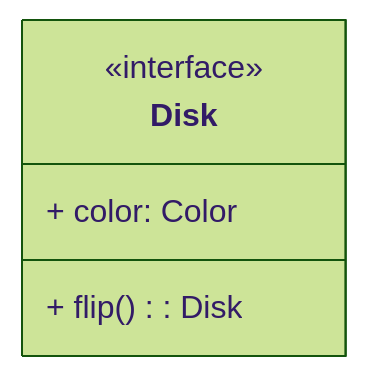
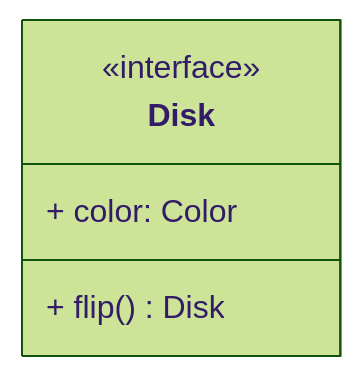
One commit to Borgotto/PPS-25-scalatello changed the third of 14 diagrams in docs/report/4-detailed-design.md. Above: the diagram before and after it, drawn with Mermaid (forest theme). The commit also changed other lines of this file and 10 other files, not shown here.

````diff
--- a/docs/report/4-detailed-design.md
+++ b/docs/report/4-detailed-design.md
@@ -137,8 +137,8 @@
 ```mermaid
 classDiagram
   class Disk {
     <<interface>>
     + color: Color
-    + flip(): Disk
+    + flip() Disk
   }
 ```
````
